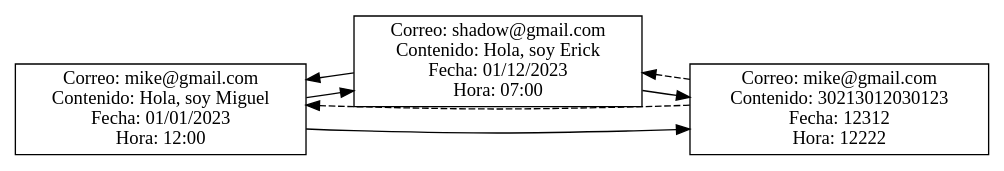
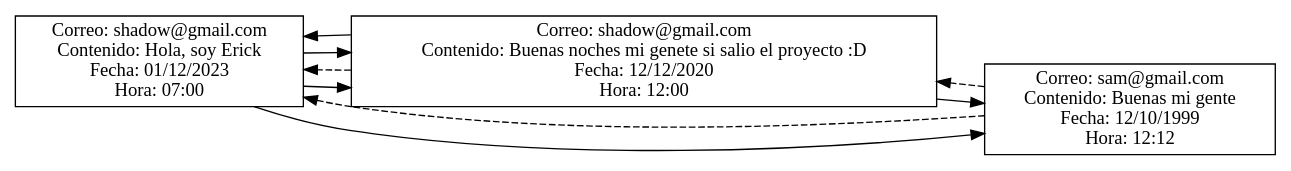
The diagram in Fase1/output/Mis_amigos_publicaciones.dot (Kevin-alvarez1/PROYECTO_MULTIFASES_RED_SOCIAL), drawn with Graphviz before and after one commit. The commit also changed 20 other files, not shown here.

```diff
--- a/Fase1/output/Mis_amigos_publicaciones.dot
+++ b/Fase1/output/Mis_amigos_publicaciones.dot
@@ -1,13 +1,15 @@
 digraph G {
 node [shape=record];
 rankdir=LR;
-node0 [label="{Correo: mike@gmail.com\nContenido: Hola, soy Miguel\nFecha: 01/01/2023\nHora: 12:00}"];
-node1 [label="{Correo: shadow@gmail.com\nContenido: Hola, soy Erick\nFecha: 01/12/2023\nHora: 07:00}"];
-node2 [label="{Correo: mike@gmail.com\nContenido: 30213012030123\nFecha: 12312\nHora: 12222}"];
+node0 [label="{Correo: shadow@gmail.com\nContenido: Hola, soy Erick\nFecha: 01/12/2023\nHora: 07:00}"];
+node1 [label="{Correo: shadow@gmail.com\nContenido: Buenas noches mi genete si salio el proyecto :D\nFecha: 12/12/2020\nHora: 12:00}"];
+node2 [label="{Correo: sam@gmail.com\nContenido: Buenas mi gente\nFecha: 12/10/1999\nHora: 12:12}"];
 node1 -> node2;
+node1 -> node0 [style=dashed];
 node2 -> node1 [style=dashed];
+node0 -> node1;
 node0 -> node2;
 node2 -> node0 [style=dashed];
 node0 -> node1;
 node1 -> node0;
 }
```
